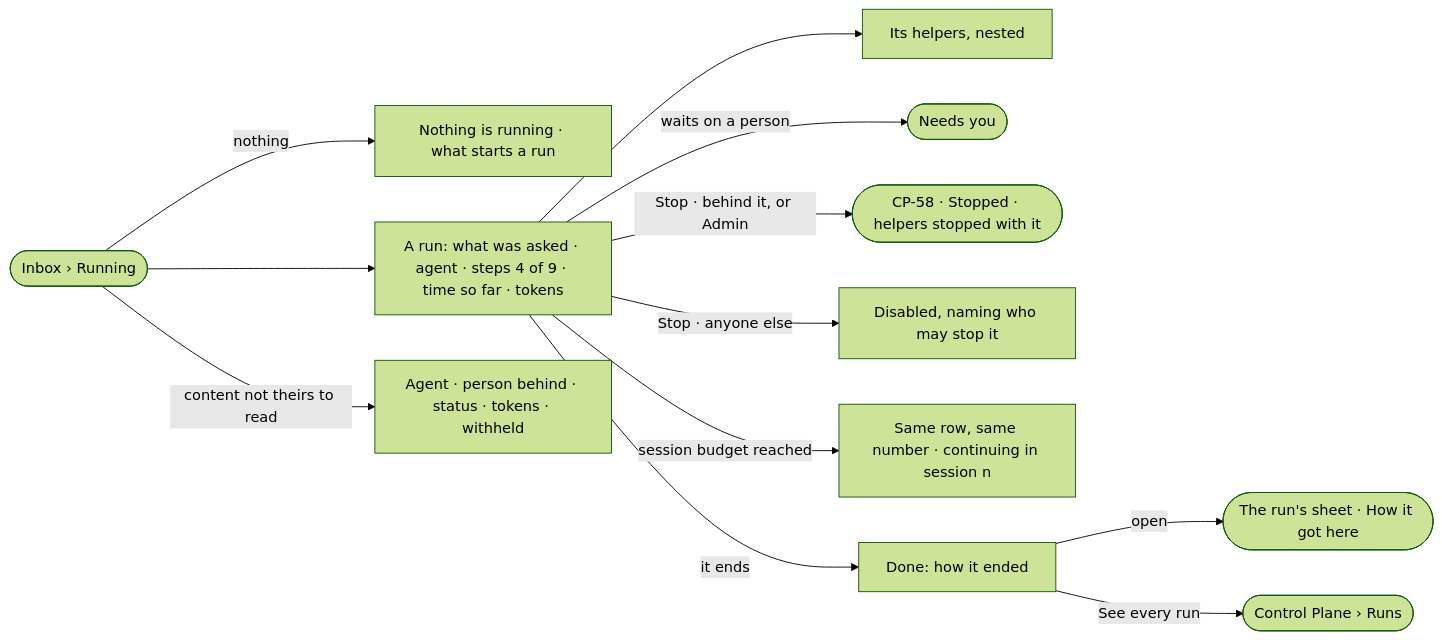
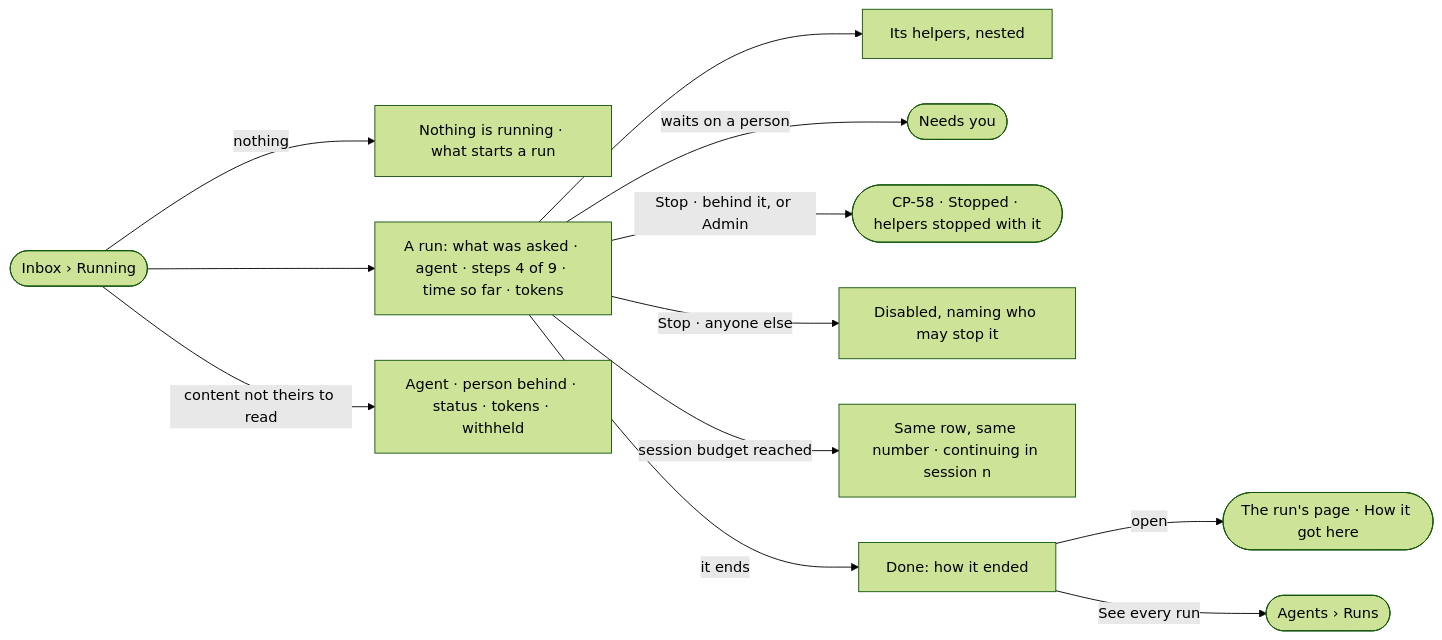
Before and after one commit to invana/invana: the diagram in specs/os/control/features/CP-F10-runs-and-how-the-agents-are-doing/stories/CP-57-see-what-is-running-and-what-just-ran/story.md, drawn with Mermaid (forest theme). The commit also changed other lines of this file and 456 other files, not shown here.

````diff
--- a/specs/os/control/features/CP-F10-runs-and-how-the-agents-are-doing/stories/CP-57-see-what-is-running-and-what-just-ran/story.md
+++ b/specs/os/control/features/CP-F10-runs-and-how-the-agents-are-doing/stories/CP-57-see-what-is-running-and-what-just-ran/story.md
@@ -27,14 +27,14 @@
 ```mermaid
 flowchart LR
   s([Inbox › Running]) -->|nothing| e["Nothing is running · what starts a run"]
   s --> r["A run: what was asked · agent · steps 4 of 9 · time so far · tokens"]
   s -->|content not theirs to read| wh["Agent · person behind · status · tokens · withheld"]
   r --> h["Its helpers, nested"]
   r -->|waits on a person| n(["Needs you"])
   r -->|Stop · behind it, or Admin| x(["CP-58 · Stopped · helpers stopped with it"])
   r -->|Stop · anyone else| d["Disabled, naming who may stop it"]
   r -->|session budget reached| ct["Same row, same number · continuing in session n"]
   r -->|it ends| done["Done: how it ended"]
-  done -->|open| sh(["The run's sheet · How it got here"])
-  done -->|See every run| all(["Control Plane › Runs"])
+  done -->|open| sh(["The run's page · How it got here"])
+  done -->|See every run| all(["Agents › Runs"])
 ```
````
